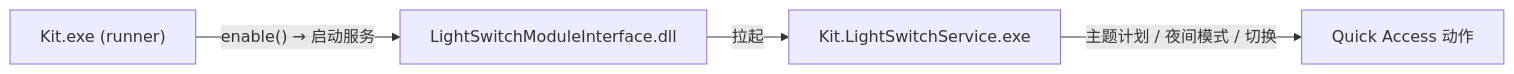
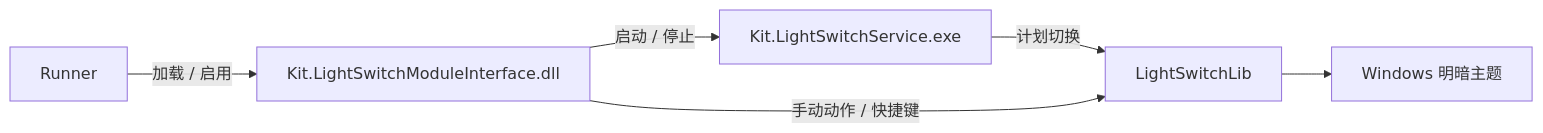
One commit to guijianchou/Kit changed the third of 7 diagrams in README_zh.md. Above: the diagram before and after it, drawn with Mermaid. The commit also changed other lines of this file and 3 other files, not shown here.

````diff
--- a/README_zh.md
+++ b/README_zh.md
@@ -129,9 +113,8 @@
 ```mermaid
 flowchart LR
-    R["Kit.exe (runner)"]
-    MI["LightSwitchModuleInterface.dll"]
-    LS["Kit.LightSwitchService.exe"]
-    R -->|"enable() → 启动服务"| MI
-    MI -->|"拉起"| LS
-    LS -->|"主题计划 / 夜间模式 / 切换"| QA["Quick Access 动作"]
+    R["Runner"] -->|"加载 / 启用"| MI["Kit.LightSwitchModuleInterface.dll"]
+    MI -->|"启动 / 停止"| S["Kit.LightSwitchService.exe"]
+    S -->|"计划切换"| LIB["LightSwitchLib"]
+    MI -->|"手动动作 / 快捷键"| LIB
+    LIB --> OS["Windows 明暗主题"]
 ```
````
